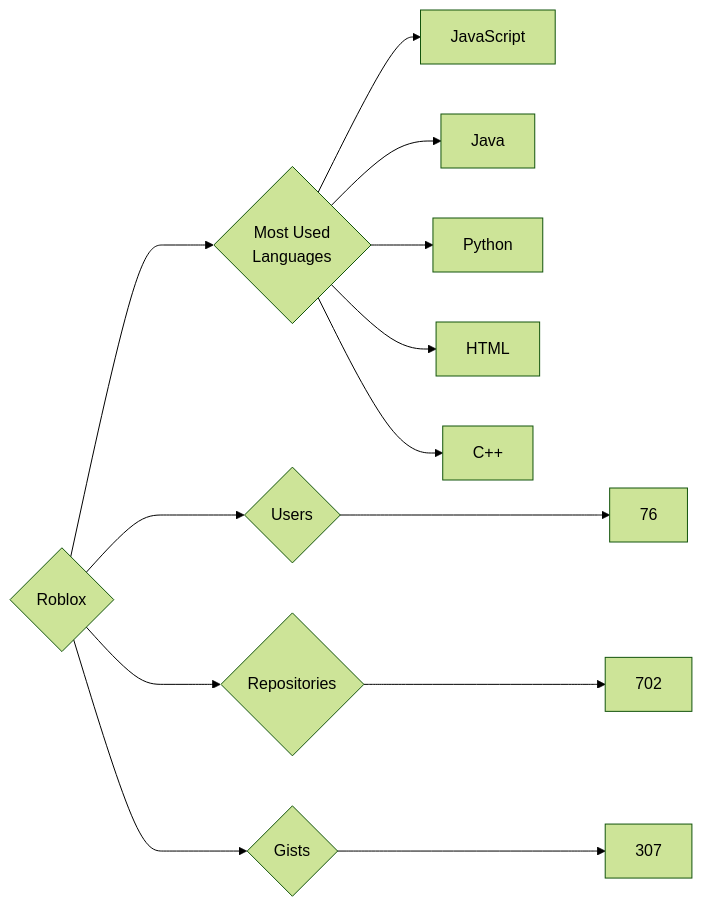
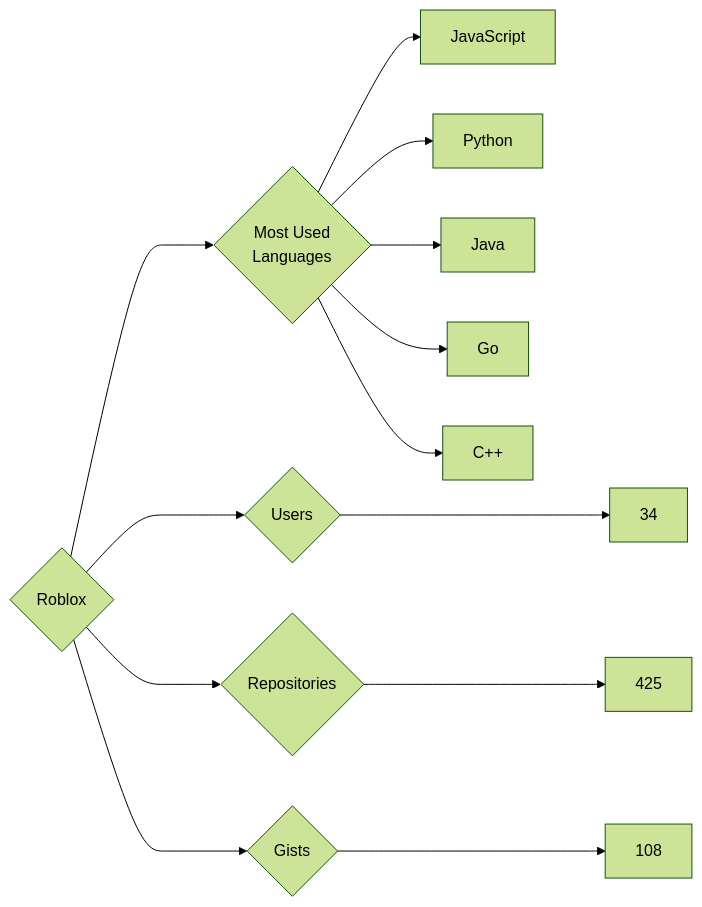
Before and after one commit to trickest/insiders: the diagram in targets/Roblox/README.md, drawn with Mermaid (forest theme). The commit also changed 898 other files, not shown here.

````diff
--- a/targets/Roblox/README.md
+++ b/targets/Roblox/README.md
@@ -3,13 +3,13 @@
 ```mermaid
 graph LR
 COMPANY_NAME{Roblox}
-COMPANY_NAME ---> U{Users} ---> UN[76]
-COMPANY_NAME ---> R{Repositories} ---> RN[702]
-COMPANY_NAME ---> G{Gists} ---> GN[307]
+COMPANY_NAME ---> U{Users} ---> UN[34]
+COMPANY_NAME ---> R{Repositories} ---> RN[425]
+COMPANY_NAME ---> G{Gists} ---> GN[108]
 COMPANY_NAME ---> ML{Most Used<br>Languages}
 ML --> JavaScript[JavaScript]
+ML --> Python[Python]
 ML --> Java[Java]
-ML --> Python[Python]
-ML --> HTML[HTML]
+ML --> Go[Go]
 ML --> C++[C++]
 ```
````
